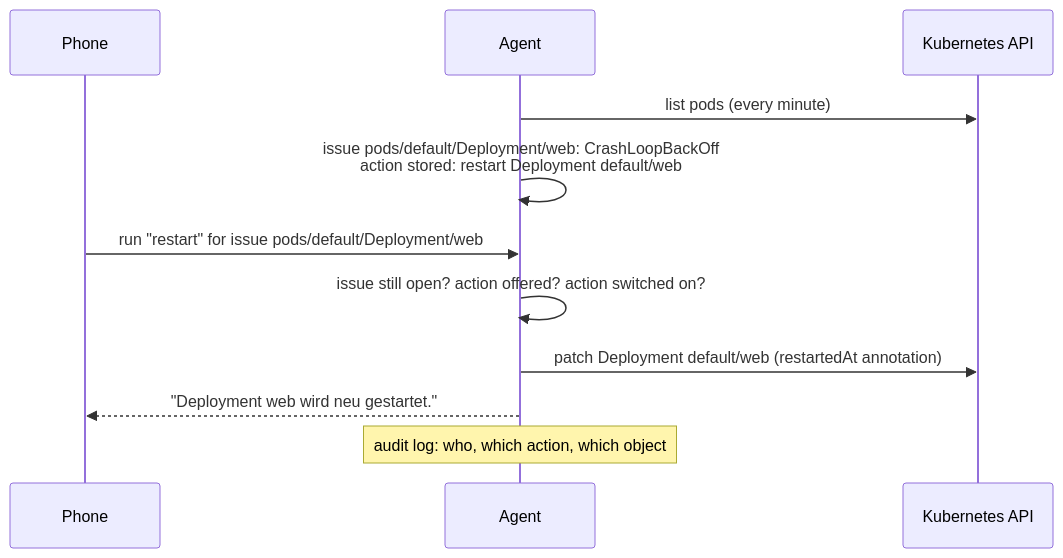
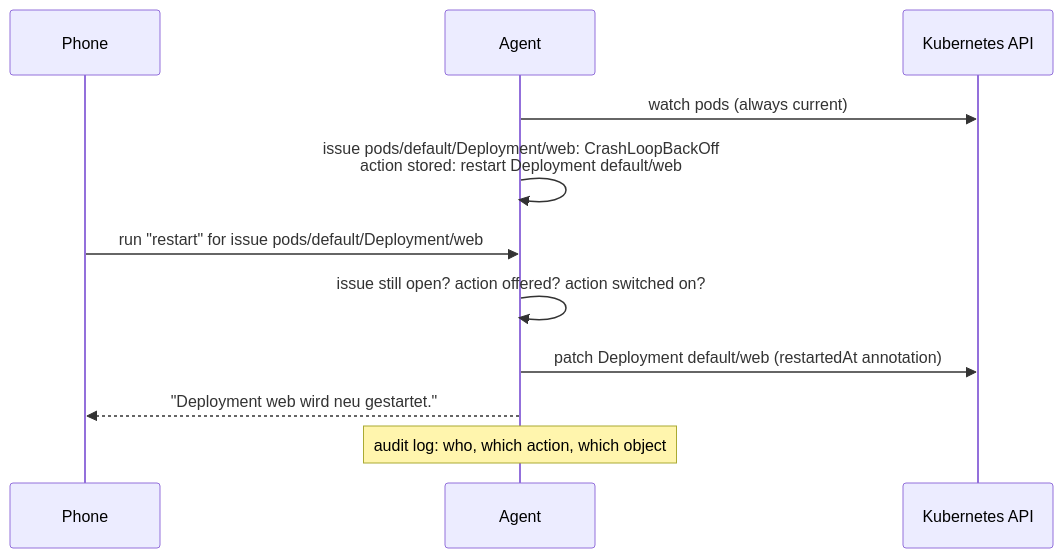
The second of 2 diagrams in docs/IN-CLUSTER.md (kubernanny/kubernanny), drawn with Mermaid before and after one commit. The commit also changed other lines of this file and 10 other files, not shown here.

````diff
--- a/docs/IN-CLUSTER.md
+++ b/docs/IN-CLUSTER.md
@@ -76,13 +76,13 @@
 ```mermaid
 sequenceDiagram
   participant P as Phone
   participant A as Agent
   participant K as Kubernetes API
-  A->>K: list pods (every minute)
+  A->>K: watch pods (always current)
   A->>A: issue pods/default/Deployment/web: CrashLoopBackOff<br/>action stored: restart Deployment default/web
   P->>A: run "restart" for issue pods/default/Deployment/web
   A->>A: issue still open? action offered? action switched on?
   A->>K: patch Deployment default/web (restartedAt annotation)
   A-->>P: "Deployment web wird neu gestartet."
   Note over A: audit log: who, which action, which object
 ```
````
